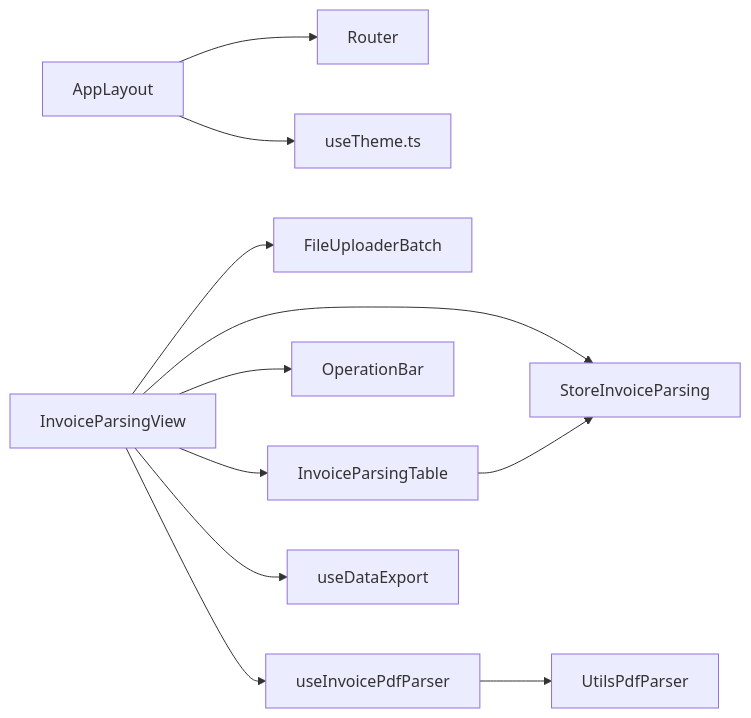
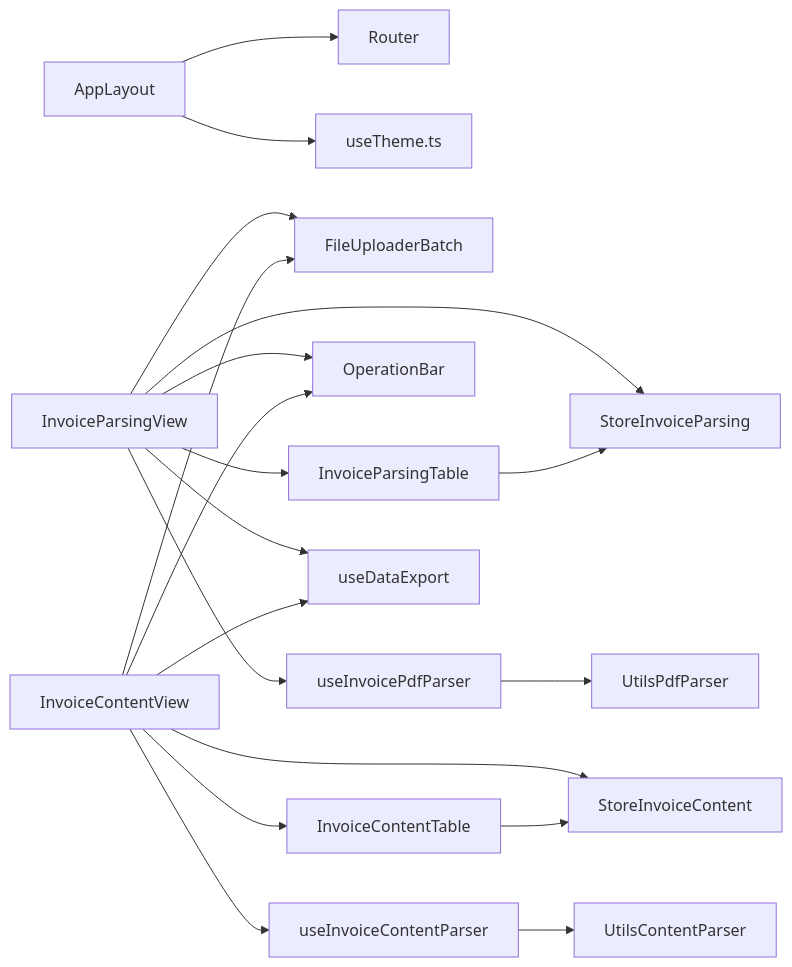
Before and after one commit to dunhuixiao/FinanceTools: the ninth of 10 diagrams in .qoder/repowiki/zh/content/组件架构设计/组件架构设计.md, drawn with Mermaid. The commit also changed other lines of this file and 20 other files, not shown here.

````diff
--- a/.qoder/repowiki/zh/content/组件架构设计/组件架构设计.md
+++ b/.qoder/repowiki/zh/content/组件架构设计/组件架构设计.md
@@ -352,13 +441,21 @@
 ```mermaid
 graph LR
 AppLayout --> Router
 AppLayout --> Theme["useTheme.ts"]
 InvoiceParsingView --> FileUploaderBatch
 InvoiceParsingView --> InvoiceParsingTable
 InvoiceParsingView --> OperationBar
 InvoiceParsingView --> useInvoicePdfParser
 InvoiceParsingView --> useDataExport
 InvoiceParsingView --> StoreInvoiceParsing
+InvoiceContentView --> FileUploaderBatch
+InvoiceContentView --> InvoiceContentTable
+InvoiceContentView --> OperationBar
+InvoiceContentView --> useInvoiceContentParser
+InvoiceContentView --> useDataExport
+InvoiceContentView --> StoreInvoiceContent
 InvoiceParsingTable --> StoreInvoiceParsing
+InvoiceContentTable --> StoreInvoiceContent
 useInvoicePdfParser --> UtilsPdfParser
+useInvoiceContentParser --> UtilsContentParser
 ```
````
